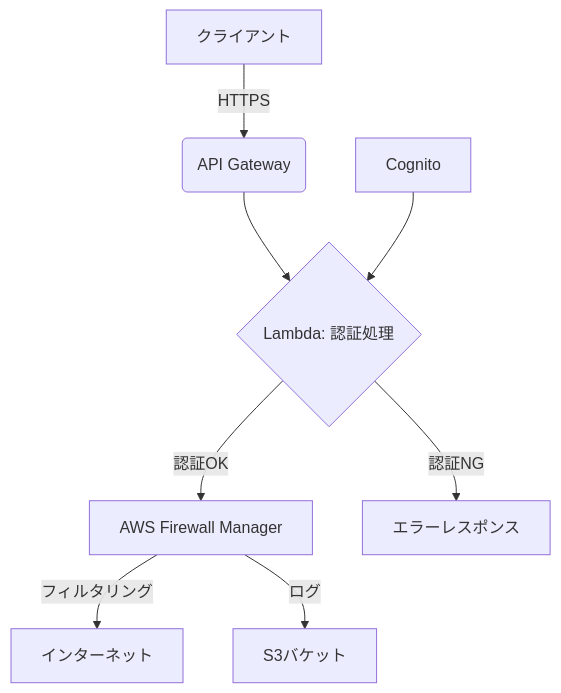
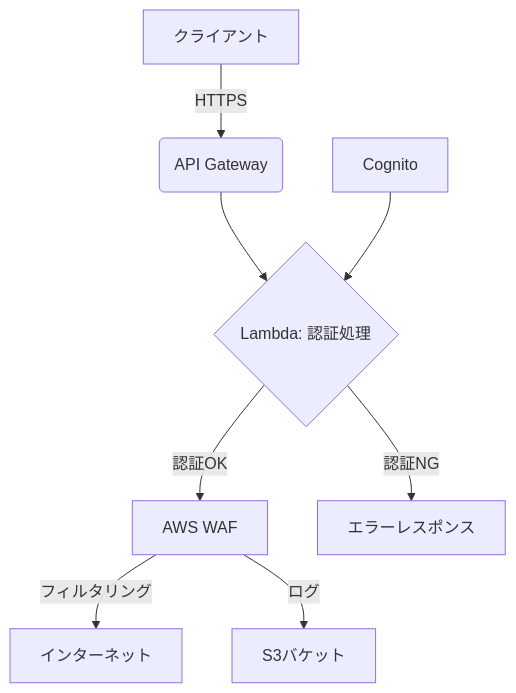
Before and after one commit to dgc3141/sase-project: the diagram in README.md, drawn with Mermaid. The commit also changed other lines of this file and 17 other files, not shown here.

````diff
--- a/README.md
+++ b/README.md
@@ -7,10 +7,10 @@
 ```mermaid
 graph TD
     A[クライアント] -->|HTTPS| B(API Gateway)
     B --> C{Lambda: 認証処理}
-    C -->|認証OK| D[AWS Firewall Manager]
+    C -->|認証OK| D[AWS WAF]
     C -->|認証NG| E[エラーレスポンス]
     D -->|フィルタリング| F[インターネット]
     D -->|ログ| G[S3バケット]
     H[Cognito] --> C
 ```
````
